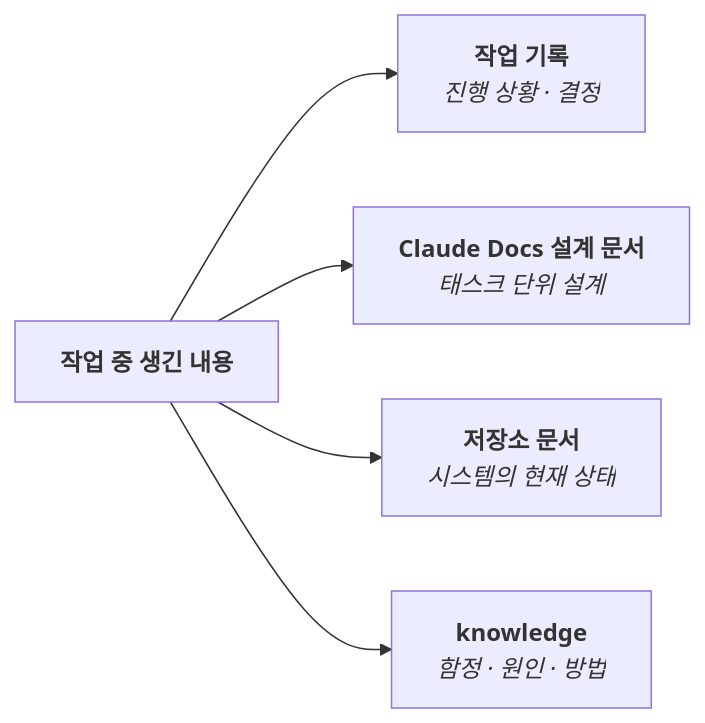
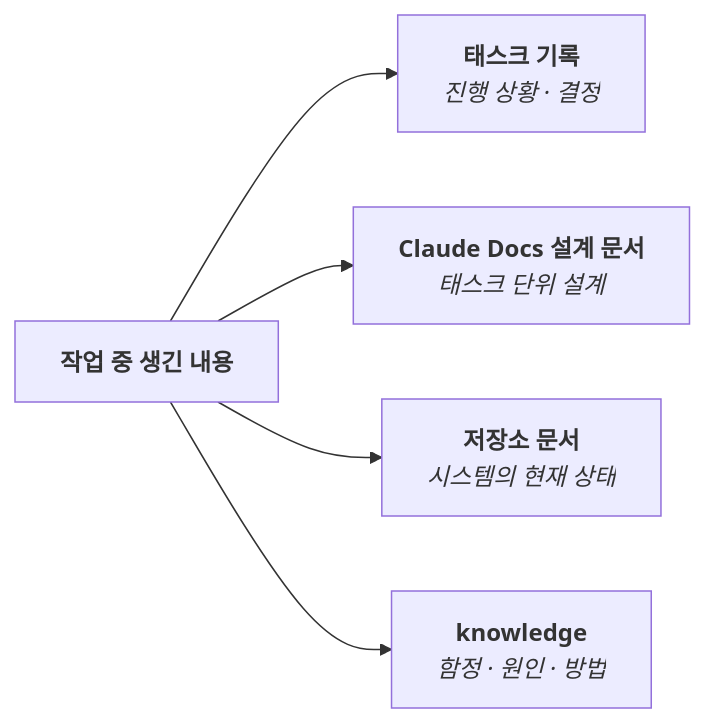
One commit to Othereum/agent-desk changed the second of 2 diagrams in README.md. Above: the diagram before and after it, drawn with Mermaid. The commit also changed other lines of this file and 12 other files, not shown here.

````diff
--- a/README.md
+++ b/README.md
@@ -105,11 +105,11 @@
 ```mermaid
 flowchart LR
-    W["`**작업 중 생긴 내용**`"] --> T["`**작업 기록**
+    W["`**작업 중 생긴 내용**`"] --> T["`**태스크 기록**
 _진행 상황 · 결정_`"]
     W --> D["`**Claude Docs 설계 문서**
 _태스크 단위 설계_`"]
     W --> R["`**저장소 문서**
 _시스템의 현재 상태_`"]
     W --> K["`**knowledge**
 _함정 · 원인 · 방법_`"]
 ```
````
